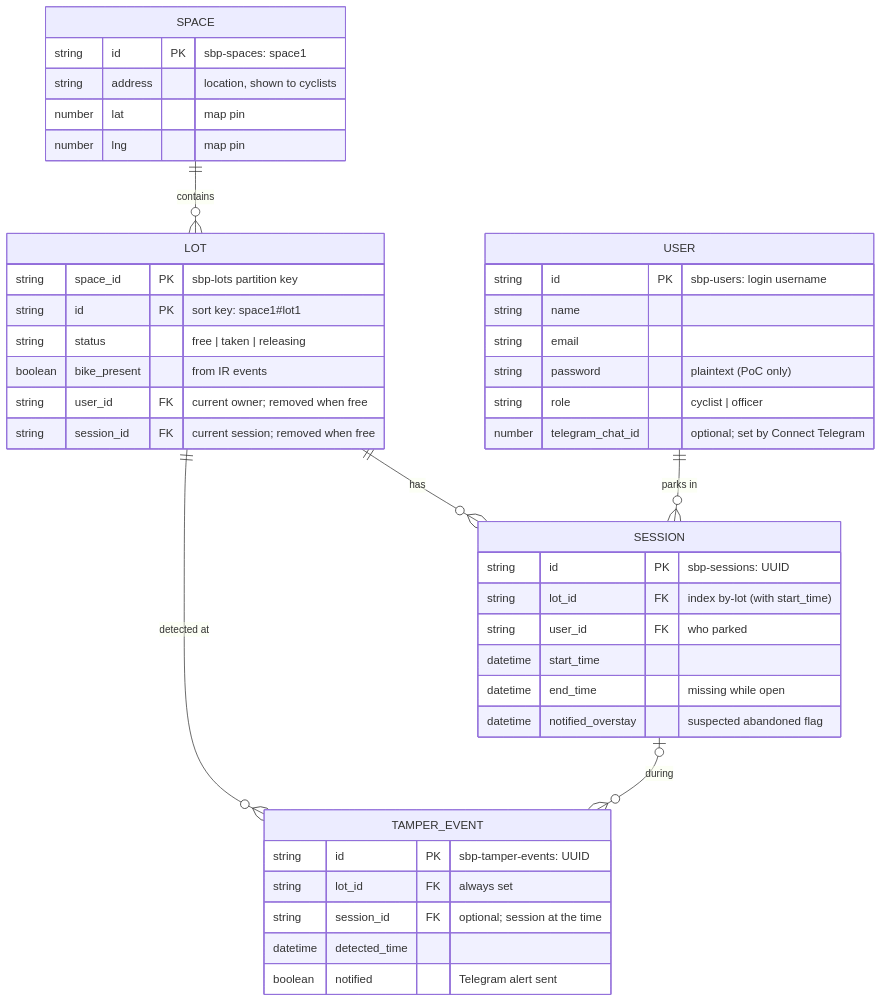
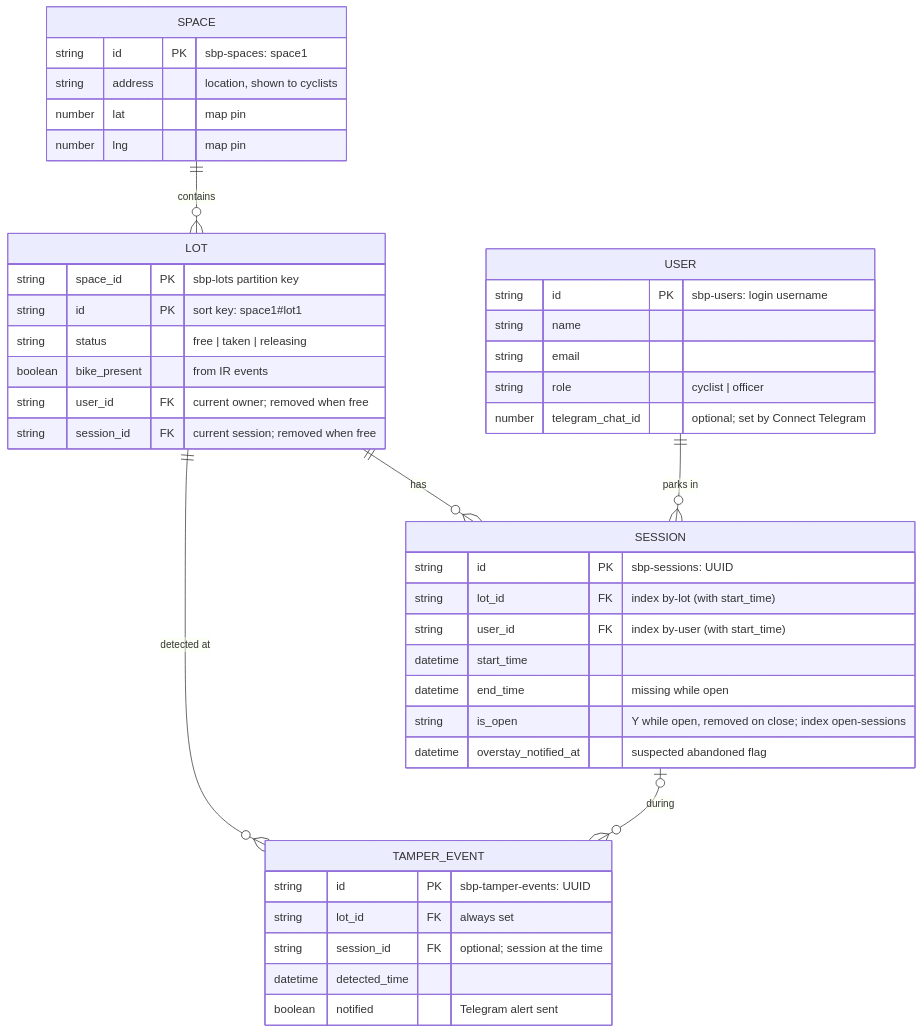
Before and after one commit to realestzeyu/smart-bike-parking: the diagram in docs/agreed-names-and-formats.md, drawn with Mermaid. The commit also changed other lines of this file and 10 other files, not shown here.

Commit message:
added cognito script and edited ERD

````diff
--- a/docs/agreed-names-and-formats.md
+++ b/docs/agreed-names-and-formats.md
@@ -43,46 +49,46 @@
 ```mermaid
 erDiagram
     SPACE ||--o{ LOT : contains
     LOT ||--o{ SESSION : has
     USER ||--o{ SESSION : "parks in"
     LOT ||--o{ TAMPER_EVENT : "detected at"
     SESSION |o--o{ TAMPER_EVENT : "during"
 
     SPACE {
         string id PK "sbp-spaces: space1"
         string address "location, shown to cyclists"
         number lat "map pin"
         number lng "map pin"
     }
     LOT {
         string space_id PK "sbp-lots partition key"
         string id PK "sort key: space1#lot1"
         string status "free | taken | releasing"
         boolean bike_present "from IR events"
         string user_id FK "current owner; removed when free"
         string session_id FK "current session; removed when free"
     }
     USER {
         string id PK "sbp-users: login username"
         string name
         string email
-        string password "plaintext (PoC only)"
         string role "cyclist | officer"
         number telegram_chat_id "optional; set by Connect Telegram"
     }
     SESSION {
         string id PK "sbp-sessions: UUID"
         string lot_id FK "index by-lot (with start_time)"
-        string user_id FK "who parked"
+        string user_id FK "index by-user (with start_time)"
         datetime start_time
         datetime end_time "missing while open"
-        datetime notified_overstay "suspected abandoned flag"
+        string is_open "Y while open, removed on close; index open-sessions"
+        datetime overstay_notified_at "suspected abandoned flag"
     }
     TAMPER_EVENT {
         string id PK "sbp-tamper-events: UUID"
         string lot_id FK "always set"
         string session_id FK "optional; session at the time"
         datetime detected_time
         boolean notified "Telegram alert sent"
     }
 ```
````
